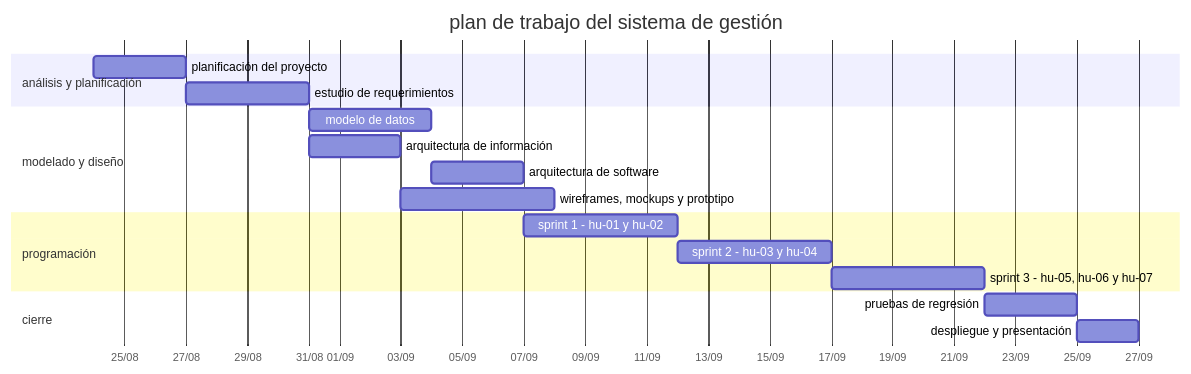
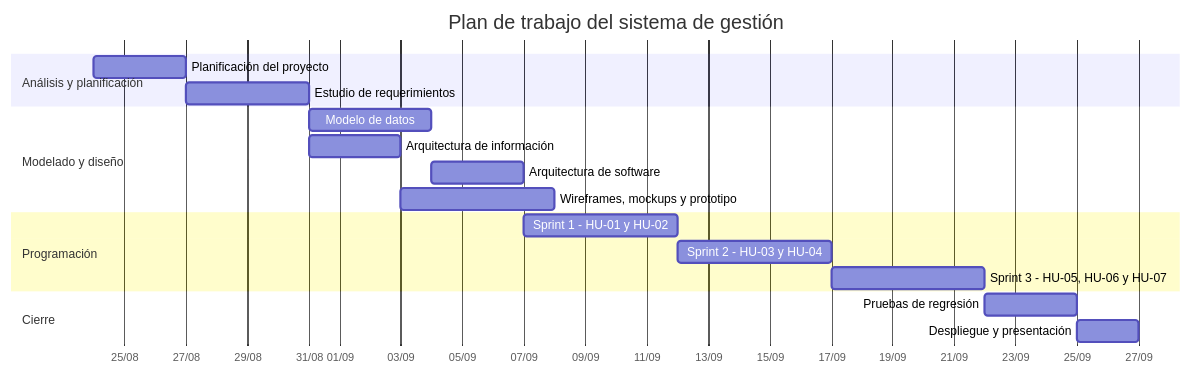
One commit to kahnaisehC/educar-para-transformar changed the third of 4 diagrams in docs/planDeTrabajo.md. Above: the diagram before and after it, drawn with Mermaid. The commit also changed other lines of this file and 3 other files, not shown here.

````diff
--- a/docs/planDeTrabajo.md
+++ b/docs/planDeTrabajo.md
@@ -329,25 +359,25 @@
 ```mermaid
 gantt
-    title plan de trabajo del sistema de gestión
-    dateformat  yyyy-mm-dd
-    axisformat  %d/%m
+     title Plan de trabajo del sistema de gestión
+     dateFormat  yyyy-mm-dd
+     axisFormat  %d/%m
 
-    section análisis y planificación
-    planificación del proyecto       :a1, 2026-08-24, 3d
-    estudio de requerimientos        :a2, after a1, 4d
+     section Análisis y planificación
+     Planificación del proyecto       :a1, 2026-08-24, 3d
+     Estudio de requerimientos        :a2, after a1, 4d
 
-    section modelado y diseño
-    modelo de datos                  :b1, after a2, 4d
-    arquitectura de información      :b2, after a2, 3d
-    arquitectura de software         :b3, after b1, 3d
-    wireframes, mockups y prototipo  :b4, after b2, 5d
+     section Modelado y diseño
+     Modelo de datos                  :b1, after a2, 4d
+     Arquitectura de información      :b2, after a2, 3d
+     Arquitectura de software         :b3, after b1, 3d
+     Wireframes, mockups y prototipo  :b4, after b2, 5d
 
-    section programación
-    sprint 1 - hu-01 y hu-02         :c1, after b3, 5d
-    sprint 2 - hu-03 y hu-04         :c2, after c1, 5d
-    sprint 3 - hu-05, hu-06 y hu-07  :c3, after c2, 5d
+     section Programación
+     Sprint 1 - HU-01 y HU-02         :c1, after b3, 5d
+     Sprint 2 - HU-03 y HU-04         :c2, after c1, 5d
+     Sprint 3 - HU-05, HU-06 y HU-07  :c3, after c2, 5d
 
-    section cierre
-    pruebas de regresión              :d1, after c3, 3d
-    despliegue y presentación         :d2, after d1, 2d
+     section Cierre
+     Pruebas de regresión              :d1, after c3, 3d
+     Despliegue y presentación         :d2, after d1, 2d
 ```
````
